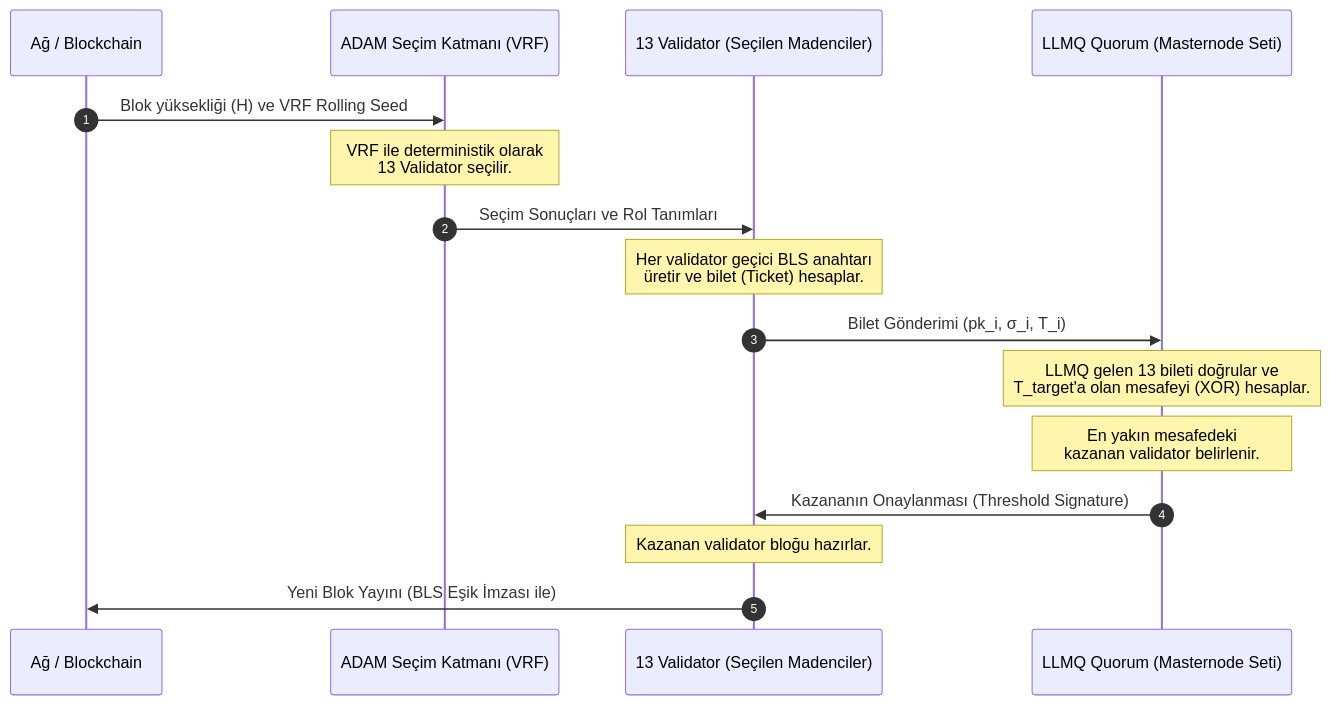
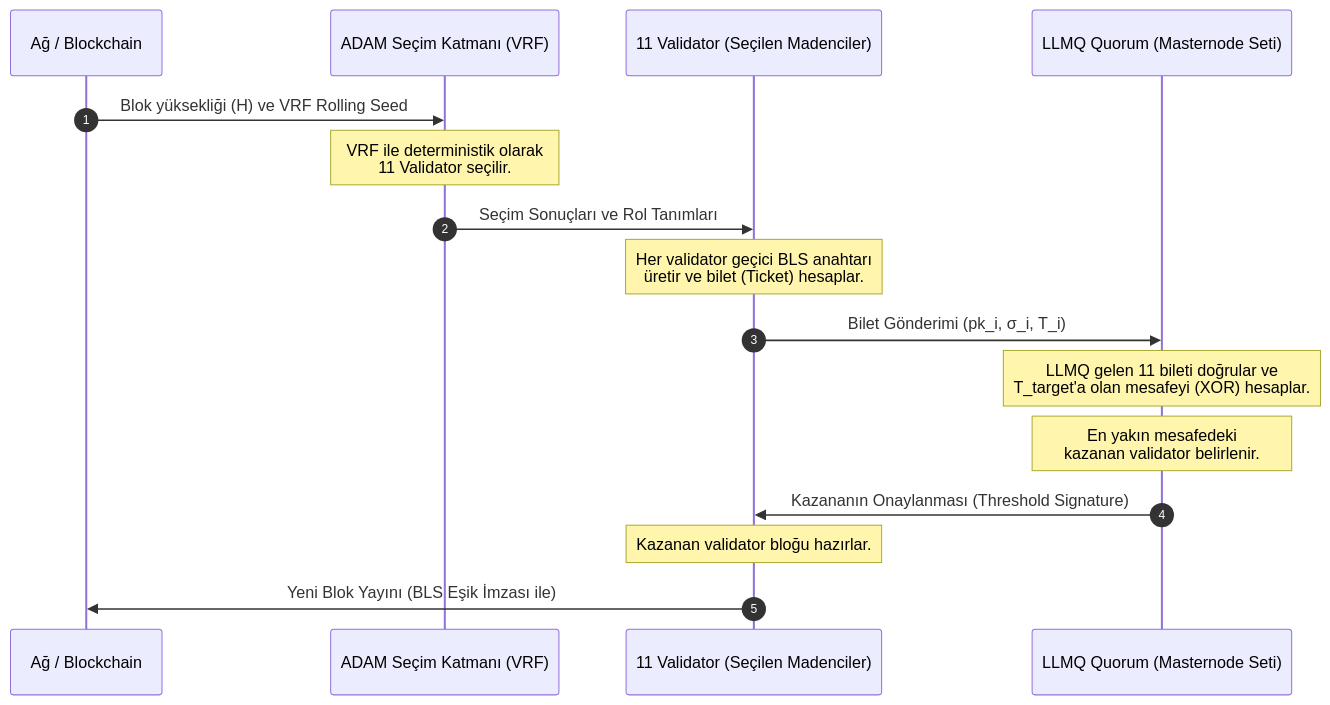
Before and after one commit to bedri/KristaTech-KRISTA: the diagram in doc/PoBLS_Consensus_TR.md, drawn with Mermaid. The commit also changed other lines of this file and 41 other files, not shown here.

````diff
--- a/doc/PoBLS_Consensus_TR.md
+++ b/doc/PoBLS_Consensus_TR.md
@@ -91,22 +91,22 @@
 ```mermaid
 sequenceDiagram
     autonumber
     participant Network as Ağ / Blockchain
     participant ADAM as ADAM Seçim Katmanı (VRF)
-    participant Validators as 13 Validator (Seçilen Madenciler)
+    participant Validators as 11 Validator (Seçilen Madenciler)
     participant LLMQ as LLMQ Quorum (Masternode Seti)
     
     Network->>ADAM: Blok yüksekliği (H) ve VRF Rolling Seed
-    Note over ADAM: VRF ile deterministik olarak<br/>13 Validator seçilir.
+    Note over ADAM: VRF ile deterministik olarak<br/>11 Validator seçilir.
     ADAM->>Validators: Seçim Sonuçları ve Rol Tanımları
     
     Note over Validators: Her validator geçici BLS anahtarı<br/>üretir ve bilet (Ticket) hesaplar.
     Validators->>LLMQ: Bilet Gönderimi (pk_i, σ_i, T_i)
     
-    Note over LLMQ: LLMQ gelen 13 bileti doğrular ve<br/>T_target'a olan mesafeyi (XOR) hesaplar.
+    Note over LLMQ: LLMQ gelen 11 bileti doğrular ve<br/>T_target'a olan mesafeyi (XOR) hesaplar.
     Note over LLMQ: En yakın mesafedeki<br/>kazanan validator belirlenir.
     LLMQ->>Validators: Kazananın Onaylanması (Threshold Signature)
     
     Note over Validators: Kazanan validator bloğu hazırlar.
     Validators->>Network: Yeni Blok Yayını (BLS Eşik İmzası ile)
 ```
````
